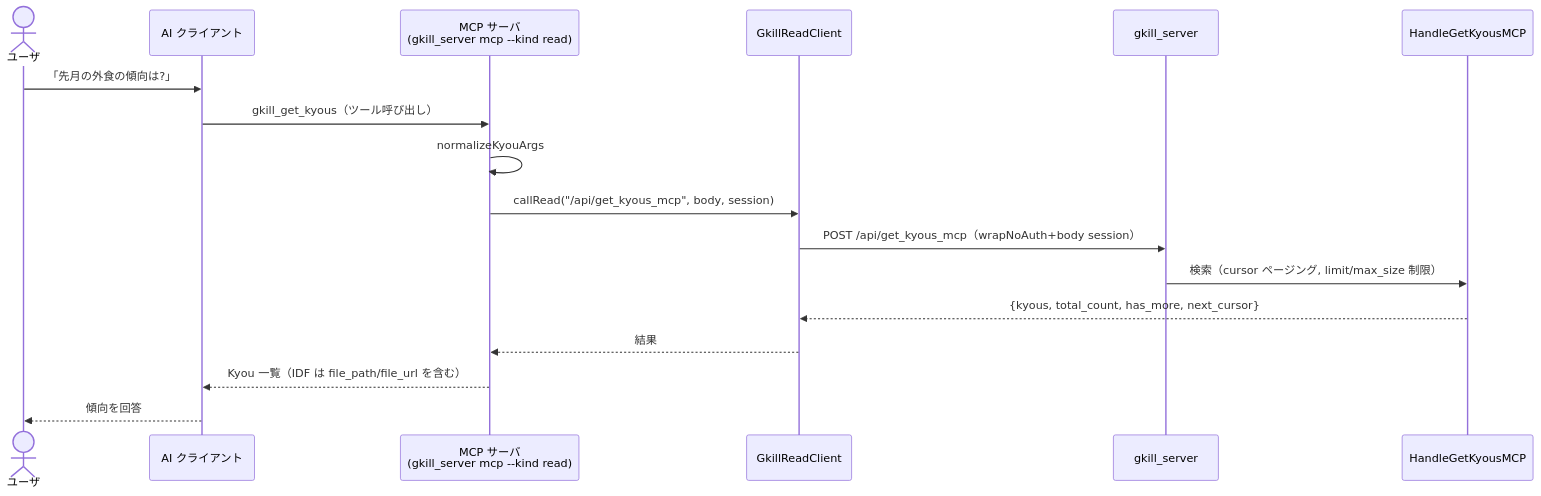
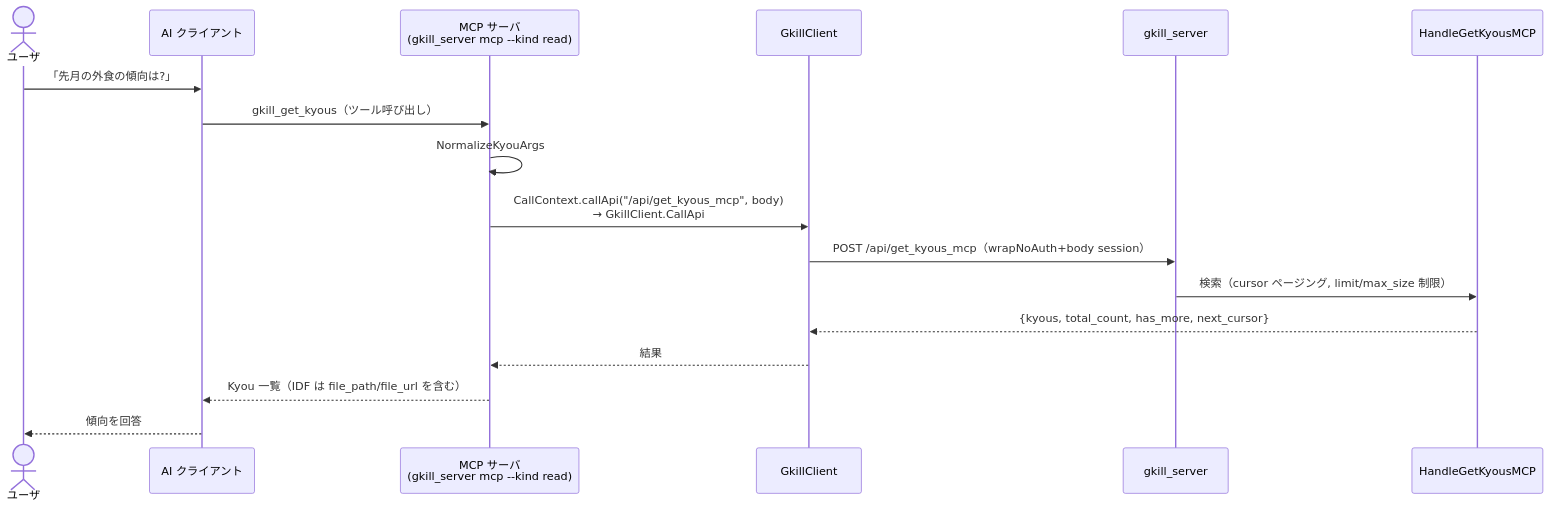
Before and after one commit to mt3hr/gkill: diagram 20 of 25 in documents/reverse/scenario.md, drawn with Mermaid. The commit also changed other lines of this file and 2 other files, not shown here.

Commit message:
Fix シーケンス図と利用シナリオに書かれていた、実在しない TS・Kotlin・MCP の関数名を実コードに合わせる
言語をまたぐ呼び出しを資料から追えるようにする作業の中で、図に書かれた名前がコードに無いものを直す。

- sequence-diagrams.md §4 addKmemo(session_id, kmemo) → add_kmemo(req)、
  §18 browseZipContents(session_id, idf_kyou_id) → browse_zip_contents(req)
- 同 §15（Wear OS）: requestTemplates() → sendGetTemplatesRequest()、login(user_id, password) →
  loginWithError(userId, passwordSha256)、getApplicationConfig(session_id) → getKftlTemplateStructJson(sessionId)、
  submitKFTL(kftl_text) → sendSubmitRequest(kftlText, force)、submitKFTLText に idempotencyKey を足す
- scenario.md: add_mi_re_kyou(req) → add_mirekyou(req)、MCP の GkillReadClient / normalizeKyouArgs / callRead →
  GkillClient / NormalizeKyouArgs / CallContext.callApi（中で GkillClient.CallApi）
- dvnf-rep-type-spec.md: GkillAPI.getApplicationConfig() → GkillAPI.get_application_config()

同じ言語の中の図の古さ（class-diagrams.md の実在しない constructor など）はこのコミットでは触らない。

````diff
--- a/documents/reverse/scenario.md
+++ b/documents/reverse/scenario.md
@@ -668,20 +668,20 @@
 ```mermaid
 sequenceDiagram
     actor User as ユーザ
     participant AI as AI クライアント
     participant MCP as MCP サーバ<br>(gkill_server mcp --kind read)
-    participant Client as GkillReadClient
+    participant Client as GkillClient
     participant API as gkill_server
     participant Handler as HandleGetKyousMCP
 
     User->>AI: 「先月の外食の傾向は?」
     AI->>MCP: gkill_get_kyous（ツール呼び出し）
-    MCP->>MCP: normalizeKyouArgs
-    MCP->>Client: callRead("/api/get_kyous_mcp", body, session)
+    MCP->>MCP: NormalizeKyouArgs
+    MCP->>Client: CallContext.callApi("/api/get_kyous_mcp", body)<br>→ GkillClient.CallApi
     Client->>API: POST /api/get_kyous_mcp（wrapNoAuth+body session）
     API->>Handler: 検索（cursor ページング, limit/max_size 制限）
     Handler-->>Client: {kyous, total_count, has_more, next_cursor}
     Client-->>MCP: 結果
     MCP-->>AI: Kyou 一覧（IDF は file_path/file_url を含む）
     AI-->>User: 傾向を回答
 ```
````
